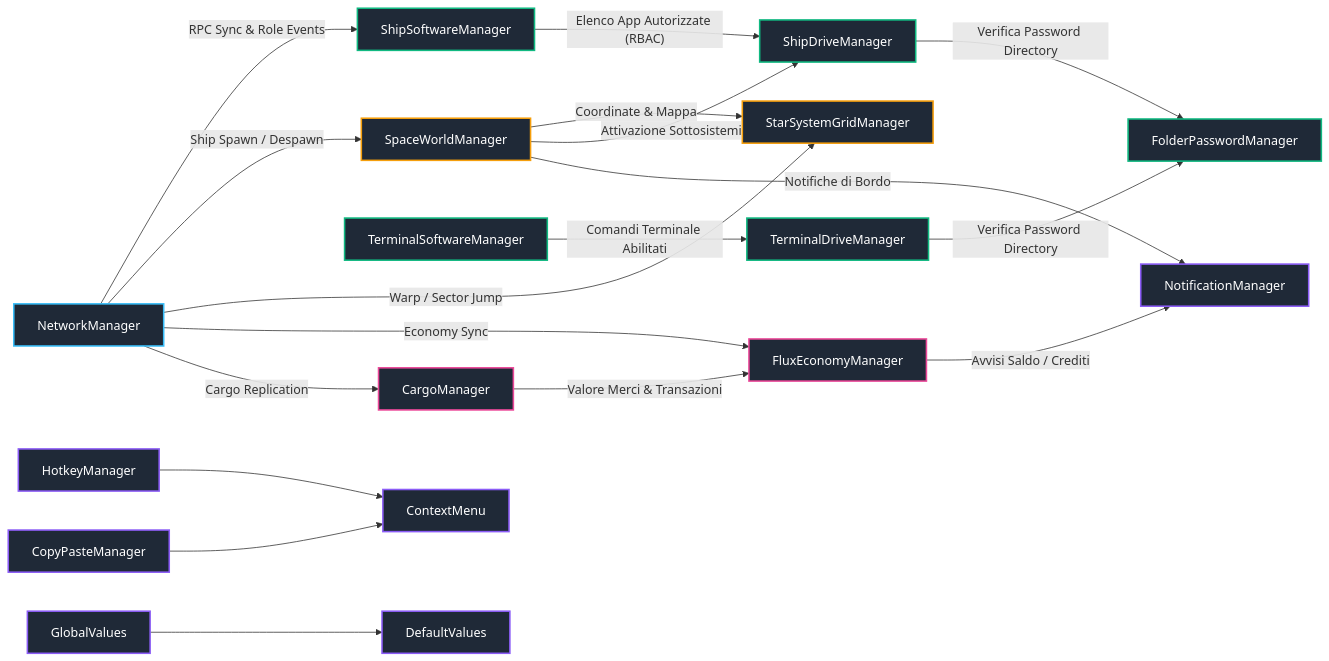
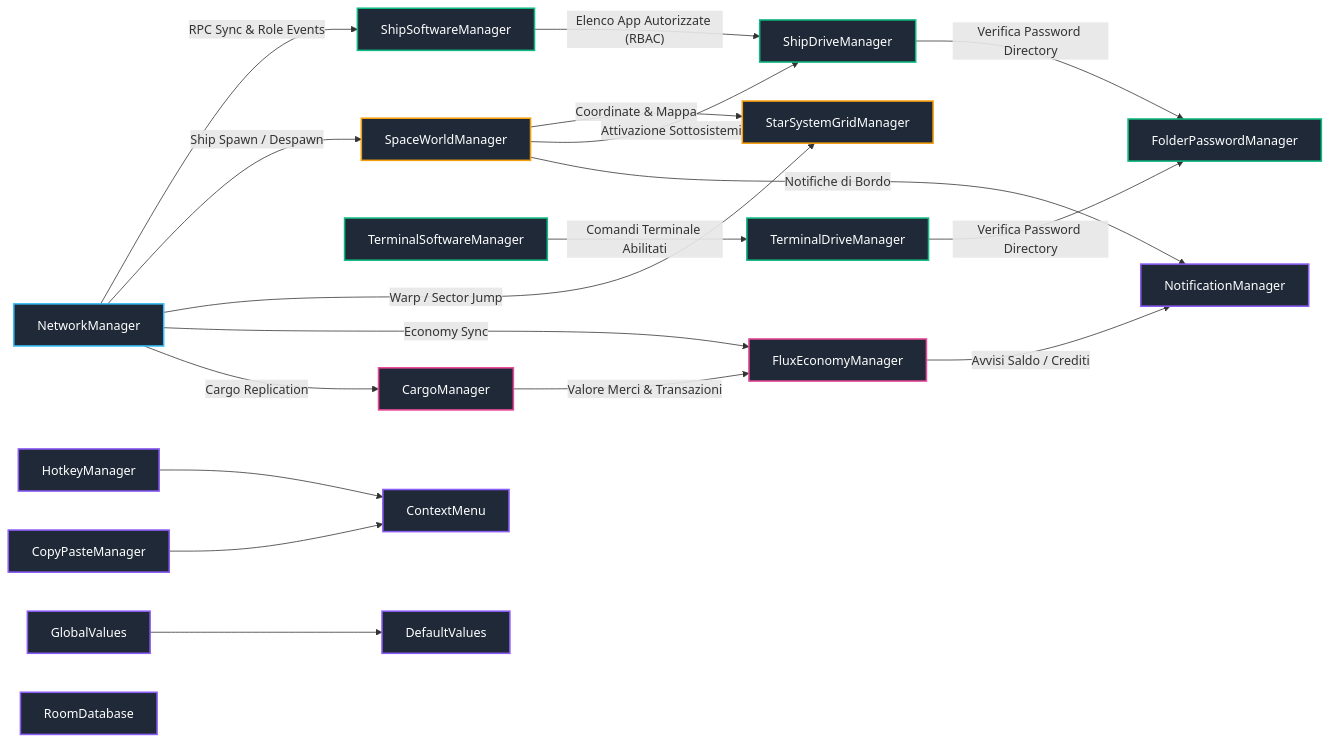
Before and after one commit to bncgli/DarkNovaRogueSquadron: the diagram in docs/architecture/02_autoloads_and_system_bus.md, drawn with Mermaid. The commit also changed other lines of this file and 92 other files, not shown here.

````diff
--- a/docs/architecture/02_autoloads_and_system_bus.md
+++ b/docs/architecture/02_autoloads_and_system_bus.md
@@ -11,53 +11,54 @@
 ```mermaid
 graph LR
     classDef net fill:#1f2937,stroke:#38bdf8,stroke-width:2px,color:#fff;
     classDef world fill:#1f2937,stroke:#f59e0b,stroke-width:2px,color:#fff;
     classDef fs fill:#1f2937,stroke:#10b981,stroke-width:2px,color:#fff;
     classDef econ fill:#1f2937,stroke:#ec4899,stroke-width:2px,color:#fff;
     classDef util fill:#1f2937,stroke:#8b5cf6,stroke-width:2px,color:#fff;
 
     %% Autoloads
     NM[NetworkManager]:::net
     SWM[SpaceWorldManager]:::world
     SSGM[StarSystemGridManager]:::world
     SDM[ShipDriveManager]:::fs
     TDM[TerminalDriveManager]:::fs
     FPM[FolderPasswordManager]:::fs
     SSM[ShipSoftwareManager]:::fs
     TSM[TerminalSoftwareManager]:::fs
     CM[CargoManager]:::econ
     FEM[FluxEconomyManager]:::econ
     HKM[HotkeyManager]:::util
     CTX[ContextMenu]:::util
     NTF[NotificationManager]:::util
     CPM[CopyPasteManager]:::util
     GV[GlobalValues]:::util
     DV[DefaultValues]:::util
+    RD[RoomDatabase]:::util
 
     %% Relazioni Network
     NM -- "RPC Sync & Role Events" --> SSM
     NM -- "Ship Spawn / Despawn" --> SWM
     NM -- "Warp / Sector Jump" --> SSGM
     NM -- "Economy Sync" --> FEM
     NM -- "Cargo Replication" --> CM
 
     %% Relazioni Mondo 3D & Spazio
     SWM -- "Coordinate & Mappa" --> SSGM
     SWM -- "Attivazione Sottosistemi" --> SDM
     SWM -- "Notifiche di Bordo" --> NTF
 
     %% Relazioni File System & Sicurezza
     SDM -- "Verifica Password Directory" --> FPM
     TDM -- "Verifica Password Directory" --> FPM
     SSM -- "Elenco App Autorizzate (RBAC)" --> SDM
     TSM -- "Comandi Terminale Abilitati" --> TDM
 
     %% Relazioni Economia
     CM -- "Valore Merci & Transazioni" --> FEM
     FEM -- "Avvisi Saldo / Crediti" --> NTF
 
     %% GUI & Utility
     GV --> DV
     HKM --> CTX
     CPM --> CTX
 ```
````
